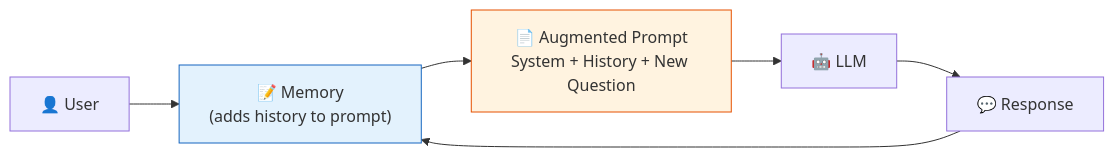
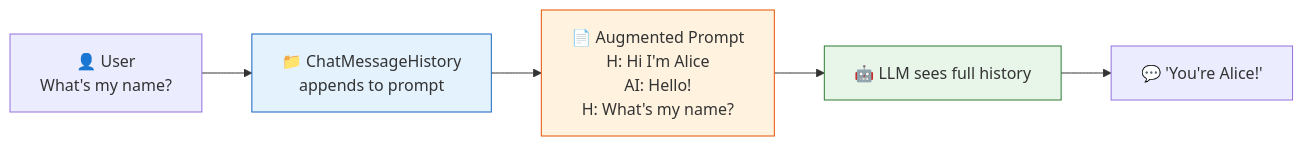
Before and after one commit to remolaan/Agentic-AI-Cookbook: the sixth of 6 diagrams in 06_memory/README.md, drawn with Mermaid. The commit also changed other lines of this file and 3 other files, not shown here.

````diff
--- a/06_memory/README.md
+++ b/06_memory/README.md
@@ -105,11 +171,11 @@
 ```mermaid
 flowchart LR
-    U["👤 User"] --> M["📝 Memory<br/>(adds history to prompt)"]
-    M --> P["📄 Augmented Prompt<br/>System + History + New Question"]
-    P --> L["🤖 LLM"]
-    L --> R["💬 Response"]
-    R --> M
+    U["👤 User<br/>What's my name?"] --> M["📁 ChatMessageHistory<br/>appends to prompt"]
+    M --> P["📄 Augmented Prompt<br/>H: Hi I'm Alice<br/>AI: Hello!<br/>H: What's my name?"]
+    P --> L["🤖 LLM sees full history"]
+    L --> R["💬 'You're Alice!'"]
     
     style M fill:#e3f2fd,stroke:#1565c0
     style P fill:#fff3e0,stroke:#e65100
+    style L fill:#e8f5e9,stroke:#2e7d32
 ```
````
